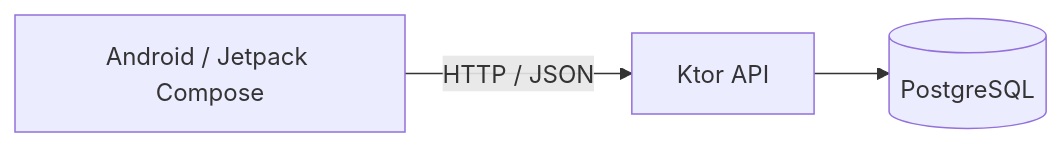
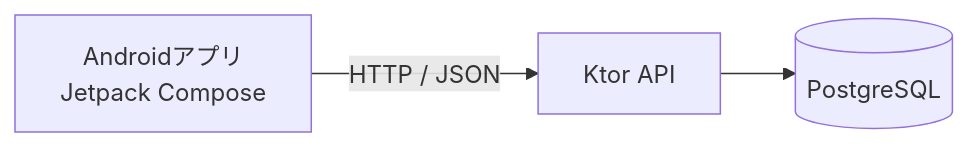
Before and after one commit to GenkiHashioka/kotlin-todo: the first of 2 diagrams in README.md, drawn with Mermaid. The commit also changed other lines of this file and 3 other files, not shown here.

````diff
--- a/README.md
+++ b/README.md
@@ -47,5 +7,5 @@
 ```mermaid
 flowchart LR
-    A[Android / Jetpack Compose] -->|HTTP / JSON| B[Ktor API]
+    A[Androidアプリ<br/>Jetpack Compose] -->|HTTP / JSON| B[Ktor API]
     B --> C[(PostgreSQL)]
 ```
````
